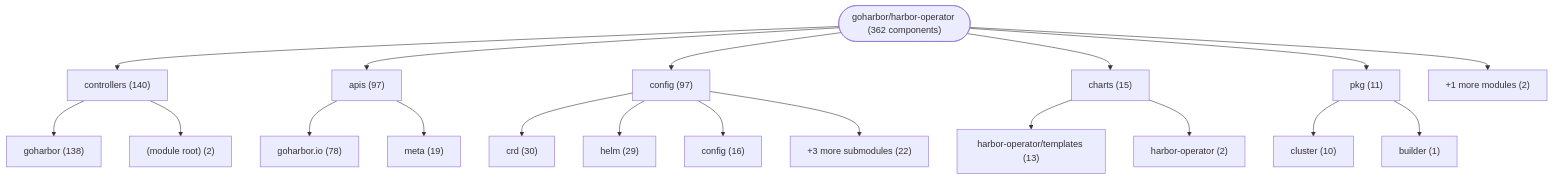
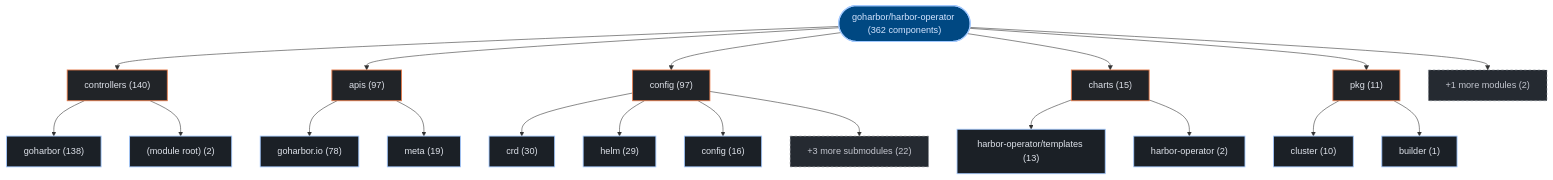
One commit to kumarshaz/atruss-code-atlas changed the first of 3 diagrams in exports/latest/reports/goharbor-harbor-operator-report.md. Above: the diagram before and after it, drawn with Mermaid. The commit also changed other lines of this file and 331 other files, not shown here.

Commit message:
docs,ui,fix: update SDLC docs, reorder CI/CD DAG first, stylize Mermaid, and fix Arc42 pipeline topology

````diff
--- a/exports/latest/reports/goharbor-harbor-operator-report.md
+++ b/exports/latest/reports/goharbor-harbor-operator-report.md
@@ -42,40 +42,47 @@
 ```mermaid
 graph TD;
-    repo_root(["goharbor/harbor-operator (362 components)"])
-    dir_0_controllers["controllers (140)"]
+  classDef atlasRoot fill:#004882,stroke:#a3c9ff,stroke-width:2px,color:#d3e4ff
+  classDef atlasCategory fill:#212428,stroke:#E87A48,stroke-width:1.5px,color:#dfe3eb
+  classDef atlasWorkflow fill:#1b2026,stroke:#a3c9ff,stroke-width:1.5px,color:#dfe3eb
+  classDef atlasJob fill:#171c22,stroke:#8d9199,stroke-width:1px,color:#dfe3eb
+  classDef atlasTarget fill:#005227,stroke:#8bd99b,stroke-width:1.5px,color:#a7f6b6
+  classDef atlasAlert fill:#93000a,stroke:#ffb4ab,stroke-width:1.5px,color:#ffdad6
+  classDef atlasMore fill:#252a31,stroke:#8d9199,stroke-dasharray:4 4,color:#c3c6cf
+    repo_root(["goharbor/harbor-operator (362 components)"]):::atlasRoot
+    dir_0_controllers["controllers (140)"]:::atlasCategory
     repo_root --> dir_0_controllers
-    sub_0_0_goharbor["goharbor (138)"]
+    sub_0_0_goharbor["goharbor (138)"]:::atlasWorkflow
     dir_0_controllers --> sub_0_0_goharbor
-    sub_0_1__module_root_["(module root) (2)"]
+    sub_0_1__module_root_["(module root) (2)"]:::atlasWorkflow
     dir_0_controllers --> sub_0_1__module_root_
-    dir_1_apis["apis (97)"]
+    dir_1_apis["apis (97)"]:::atlasCategory
     repo_root --> dir_1_apis
-    sub_1_0_goharbor_io["goharbor.io (78)"]
+    sub_1_0_goharbor_io["goharbor.io (78)"]:::atlasWorkflow
     dir_1_apis --> sub_1_0_goharbor_io
-    sub_1_1_meta["meta (19)"]
+    sub_1_1_meta["meta (19)"]:::atlasWorkflow
     dir_1_apis --> sub_1_1_meta
-    dir_2_config["config (97)"]
+    dir_2_config["config (97)"]:::atlasCategory
     repo_root --> dir_2_config
-    sub_2_0_crd["crd (30)"]
+    sub_2_0_crd["crd (30)"]:::atlasWorkflow
     dir_2_config --> sub_2_0_crd
-    sub_2_1_helm["helm (29)"]
+    sub_2_1_helm["helm (29)"]:::atlasWorkflow
     dir_2_config --> sub_2_1_helm
-    sub_2_2_config["config (16)"]
+    sub_2_2_config["config (16)"]:::atlasWorkflow
     dir_2_config --> sub_2_2_config
-    sub_2_more["+3 more submodules (22)"]
+    sub_2_more["+3 more submodules (22)"]:::atlasMore
     dir_2_config --> sub_2_more
-    dir_3_charts["charts (15)"]
+    dir_3_charts["charts (15)"]:::atlasCategory
     repo_root --> dir_3_charts
-    sub_3_0_harbor_operator_templates["harbor-operator/templates (13)"]
+    sub_3_0_harbor_operator_templates["harbor-operator/templates (13)"]:::atlasWorkflow
     dir_3_charts --> sub_3_0_harbor_operator_templates
-    sub_3_1_harbor_operator["harbor-operator (2)"]
+    sub_3_1_harbor_operator["harbor-operator (2)"]:::atlasWorkflow
     dir_3_charts --> sub_3_1_harbor_operator
-    dir_4_pkg["pkg (11)"]
+    dir_4_pkg["pkg (11)"]:::atlasCategory
     repo_root --> dir_4_pkg
-    sub_4_0_cluster["cluster (10)"]
+    sub_4_0_cluster["cluster (10)"]:::atlasWorkflow
     dir_4_pkg --> sub_4_0_cluster
-    sub_4_1_builder["builder (1)"]
+    sub_4_1_builder["builder (1)"]:::atlasWorkflow
     dir_4_pkg --> sub_4_1_builder
-    dir_other_modules["+1 more modules (2)"]
+    dir_other_modules["+1 more modules (2)"]:::atlasMore
     repo_root --> dir_other_modules
 ```
````
